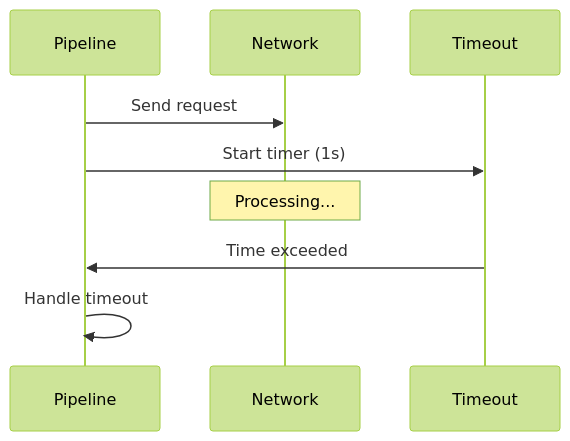
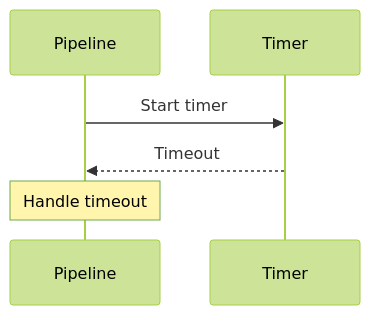
One commit to wisrovi/wpipe changed the second of 5 diagrams in examples/api_pipeline/17_network_timeout/README.md. Above: the diagram before and after it, drawn with Mermaid (forest theme). The commit also changed other lines of this file and 20 other files, not shown here.

First line of the commit message:
Simplify Mermaid diagrams for better rendering

````diff
--- a/examples/api_pipeline/17_network_timeout/README.md
+++ b/examples/api_pipeline/17_network_timeout/README.md
@@ -24,12 +23,9 @@
 ```mermaid
 sequenceDiagram
-    participant Pipeline
-    participant Network
-    participant Timeout
+    participant P as Pipeline
+    participant T as Timer
     
-    Pipeline->>Network: Send request
-    Pipeline->>Timeout: Start timer (1s)
-    Note over Network: Processing...
-    Timeout->>Pipeline: Time exceeded
-    Pipeline->>Pipeline: Handle timeout
+    P->>T: Start timer
+    T-->>P: Timeout
+    Note over P: Handle timeout
 ```
````
